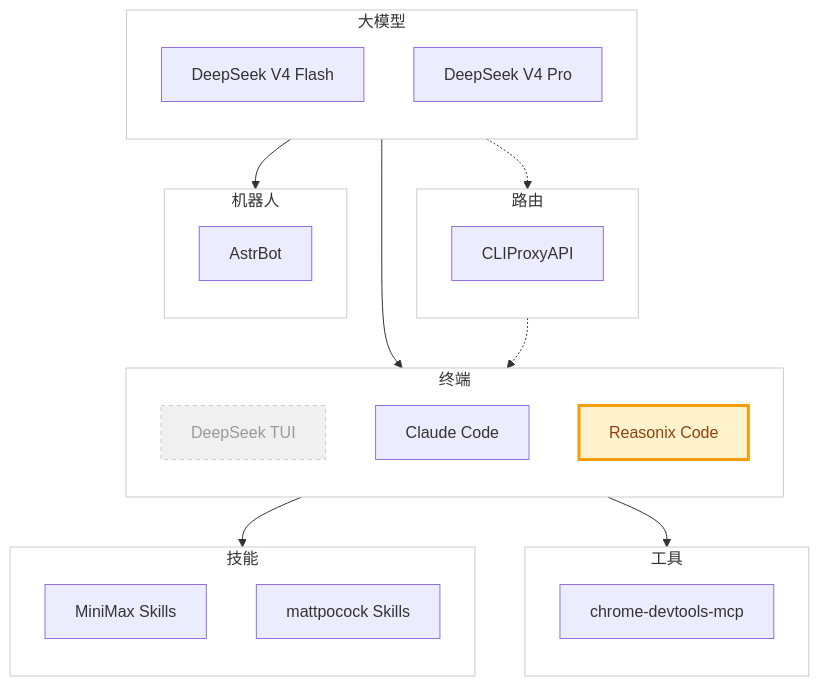
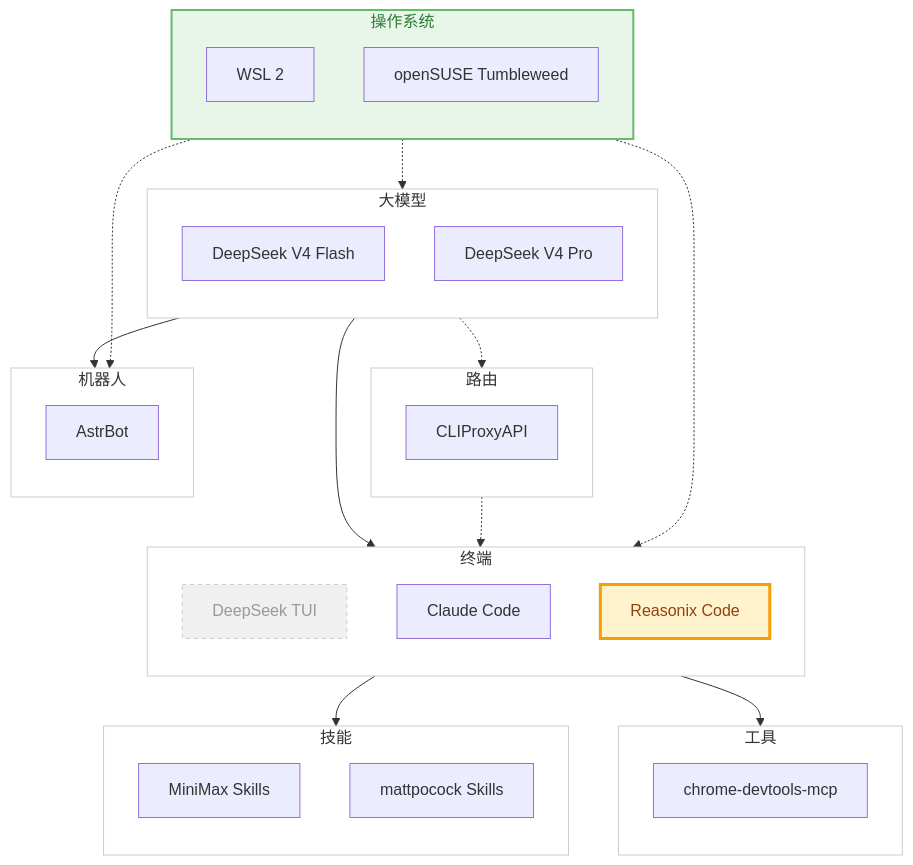
The diagram in README.md (yuanxin518/ai-path), drawn with Mermaid before and after one commit. The commit also changed other lines of this file and 1 other file, not shown here.

Commit message:
feat(ops): 新增操作系统节点 — WSL2 + openSUSE Tumbleweed

````diff
--- a/README.md
+++ b/README.md
@@ -23,51 +23,62 @@
 ```mermaid
 flowchart TD
     subgraph N00["大模型"]
         direction TB
         DS1["DeepSeek V4 Flash"]
         DS2["DeepSeek V4 Pro"]
     end
     style N00 fill:#ffffff,stroke:#cccccc,stroke-width:1px,color:#333333
 
     subgraph N01["路由"]
         direction TB
         CPA["CLIProxyAPI"]
     end
     style N01 fill:#ffffff,stroke:#cccccc,stroke-width:1px,color:#333333
 
     subgraph N02["终端"]
         direction TB
         TUI["DeepSeek TUI"]
         CC["Claude Code"]
         RX["Reasonix Code"]
     end
     style TUI fill:#f0f0f0,stroke:#cccccc,stroke-width:1px,stroke-dasharray:4 4,color:#999999
     style RX fill:#fff3cd,stroke:#f59e0b,stroke-width:3px,color:#92400e
     style N02 fill:#ffffff,stroke:#cccccc,stroke-width:1px,color:#333333
 
     subgraph N03["技能"]
         direction TB
         MSK["MiniMax Skills"]
         PSK["mattpocock Skills"]
     end
     style N03 fill:#ffffff,stroke:#cccccc,stroke-width:1px,color:#333333
 
     subgraph N04["工具"]
         direction TB
         CDM["chrome-devtools-mcp"]
     end
     style N04 fill:#ffffff,stroke:#cccccc,stroke-width:1px,color:#333333
 
     subgraph N05["机器人"]
         direction TB
         AB["AstrBot"]
     end
     style N05 fill:#ffffff,stroke:#cccccc,stroke-width:1px,color:#333333
 
     N00 --> N02
     N00 -.-> N01
     N01 -.-> N02
     N02 --> N03
     N02 --> N04
     N00 --> N05
+
+    subgraph N06["操作系统"]
+        direction TB
+        WSL["WSL 2"]
+        SUSE["openSUSE Tumbleweed"]
+    end
+    style N06 fill:#e8f5e9,stroke:#66bb6a,stroke-width:2px,color:#2e7d32
+
+    N06 -.-> N00
+    N06 -.-> N02
+    N06 -.-> N05
 ```
````
